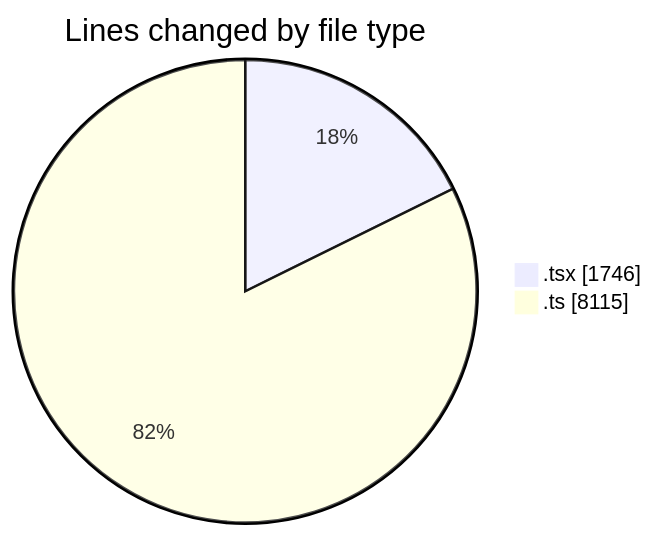
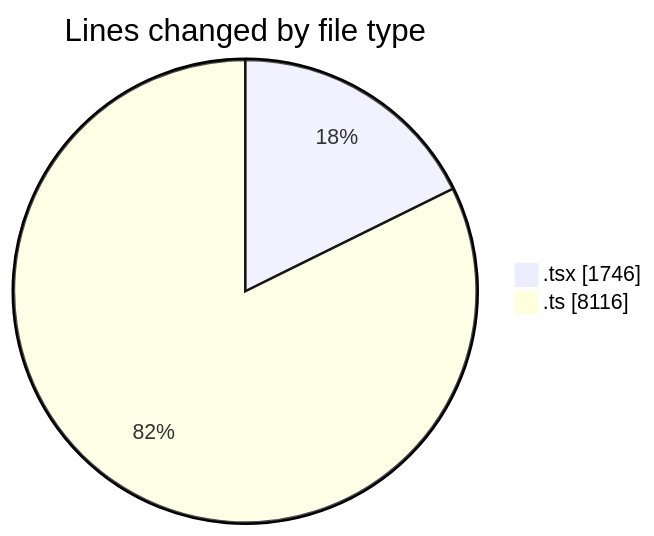
One commit to momahboobian/code-tracking changed the first of 2 diagrams in 2025-07-09/cda/README.md. Above: the diagram before and after it, drawn with Mermaid. The commit also changed other lines of this file and 1 other file, not shown here.

````diff
--- a/2025-07-09/cda/README.md
+++ b/2025-07-09/cda/README.md
@@ -26,6 +26,6 @@
 ```mermaid
 pie showData
 title Lines changed by file type
 ".tsx" : 1746
-".ts" : 8115
+".ts" : 8116
 ```
````
